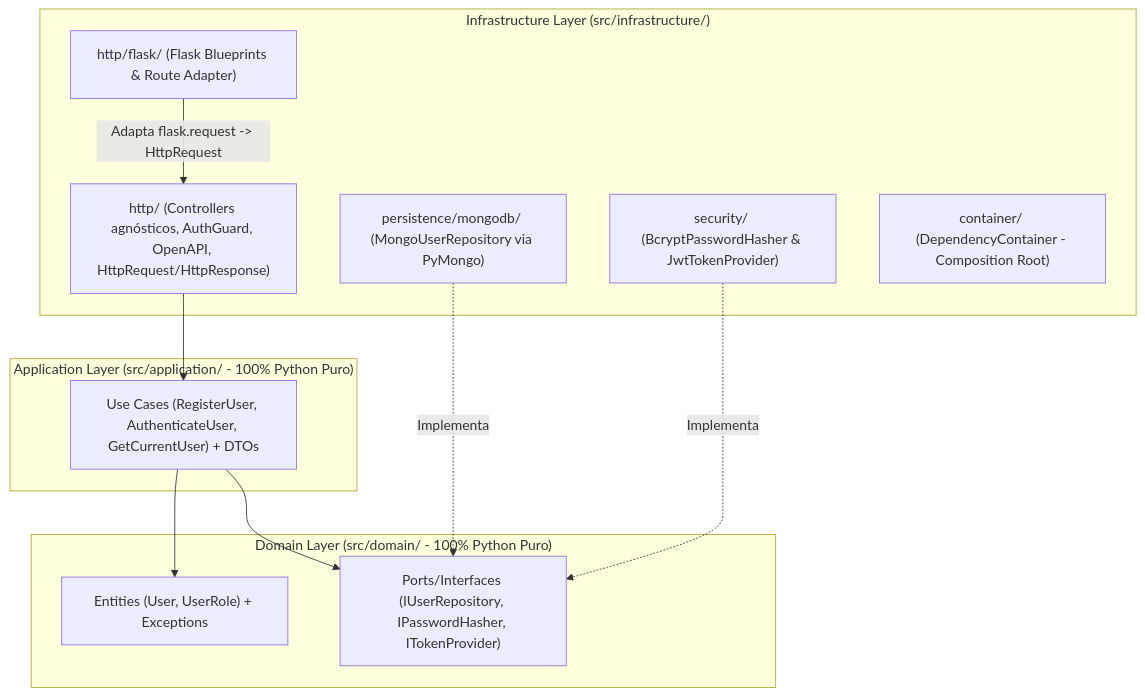
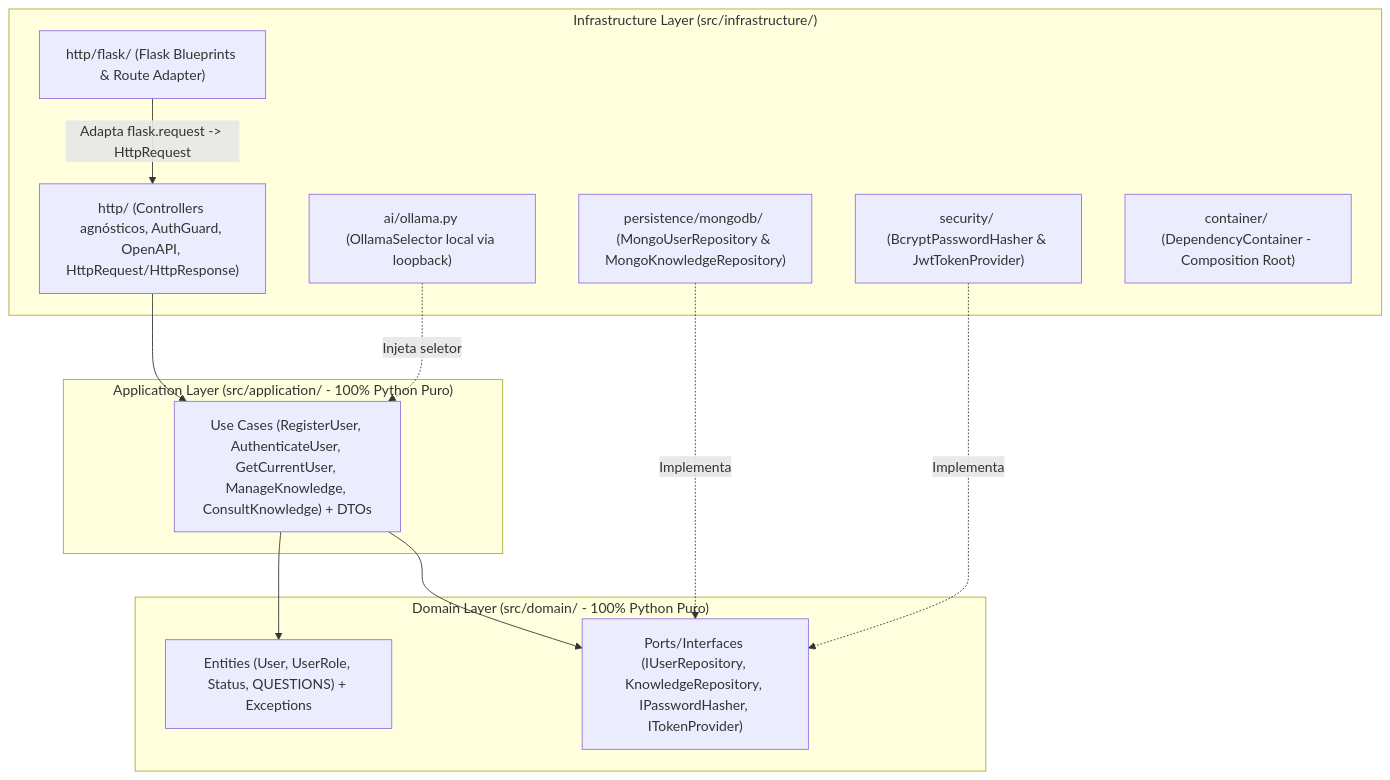
Before and after one commit to vinni-lacerda/AV3-chatbot-academico: the diagram in backend/README.md, drawn with Mermaid. The commit also changed other lines of this file and 14 other files, not shown here.

````diff
--- a/backend/README.md
+++ b/backend/README.md
@@ -9,26 +9,28 @@
 ```mermaid
 flowchart TD
     subgraph Infra["Infrastructure Layer (src/infrastructure/)"]
         FlaskApp["http/flask/ (Flask Blueprints & Route Adapter)"]
         HttpCore["http/ (Controllers agnósticos, AuthGuard, OpenAPI, HttpRequest/HttpResponse)"]
-        MongoRepo["persistence/mongodb/ (MongoUserRepository via PyMongo)"]
+        MongoRepo["persistence/mongodb/ (MongoUserRepository & MongoKnowledgeRepository)"]
+        OllamaAdapter["ai/ollama.py (OllamaSelector local via loopback)"]
         SecAdapters["security/ (BcryptPasswordHasher & JwtTokenProvider)"]
         CompRoot["container/ (DependencyContainer - Composition Root)"]
     end
 
     subgraph App["Application Layer (src/application/ - 100% Python Puro)"]
-        UC["Use Cases (RegisterUser, AuthenticateUser, GetCurrentUser) + DTOs"]
+        UC["Use Cases (RegisterUser, AuthenticateUser, GetCurrentUser, ManageKnowledge, ConsultKnowledge) + DTOs"]
     end
 
     subgraph Dom["Domain Layer (src/domain/ - 100% Python Puro)"]
-        Ent["Entities (User, UserRole) + Exceptions"]
-        Ports["Ports/Interfaces (IUserRepository, IPasswordHasher, ITokenProvider)"]
+        Ent["Entities (User, UserRole, Status, QUESTIONS) + Exceptions"]
+        Ports["Ports/Interfaces (IUserRepository, KnowledgeRepository, IPasswordHasher, ITokenProvider)"]
     end
 
     FlaskApp -->|"Adapta flask.request -> HttpRequest"| HttpCore
     HttpCore --> UC
     UC --> Ent
     UC --> Ports
     MongoRepo -.->|"Implementa"| Ports
+    OllamaAdapter -.->|"Injeta seletor"| UC
     SecAdapters -.->|"Implementa"| Ports
 ```
````
